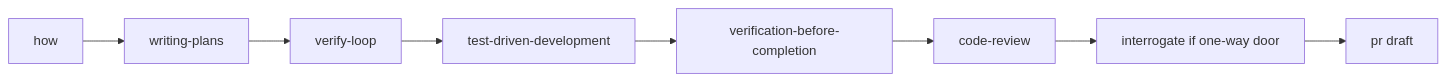
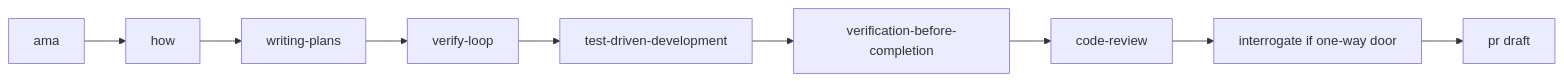
One commit to KunanonJ/superstacks changed the diagram in README.md. Above: the diagram before and after it, drawn with Mermaid. The commit also changed other lines of this file and 15 other files, not shown here.

````diff
--- a/README.md
+++ b/README.md
@@ -53,10 +53,11 @@
 ```mermaid
 flowchart LR
+  ama --> how
   how --> plans[writing-plans]
   plans --> vloop[verify-loop]
   vloop --> tdd[test-driven-development]
   tdd --> verify[verification-before-completion]
   verify --> review[code-review]
   review --> optional[interrogate if one-way door]
   optional --> pr[pr draft]
 ```
````
